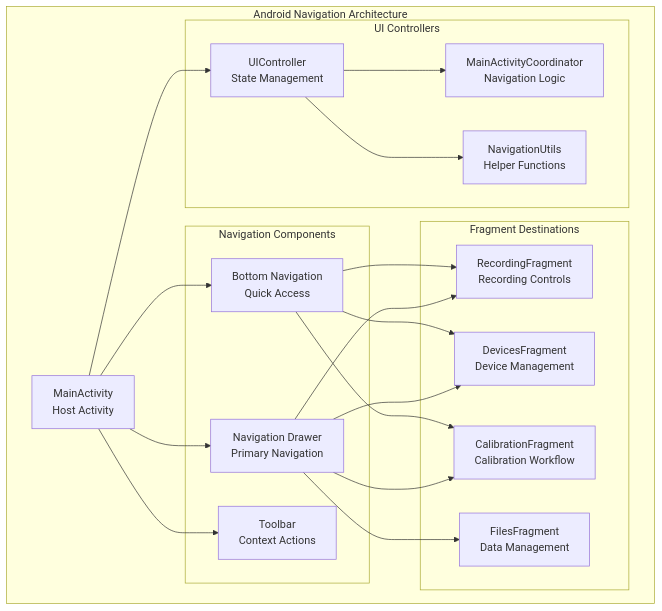
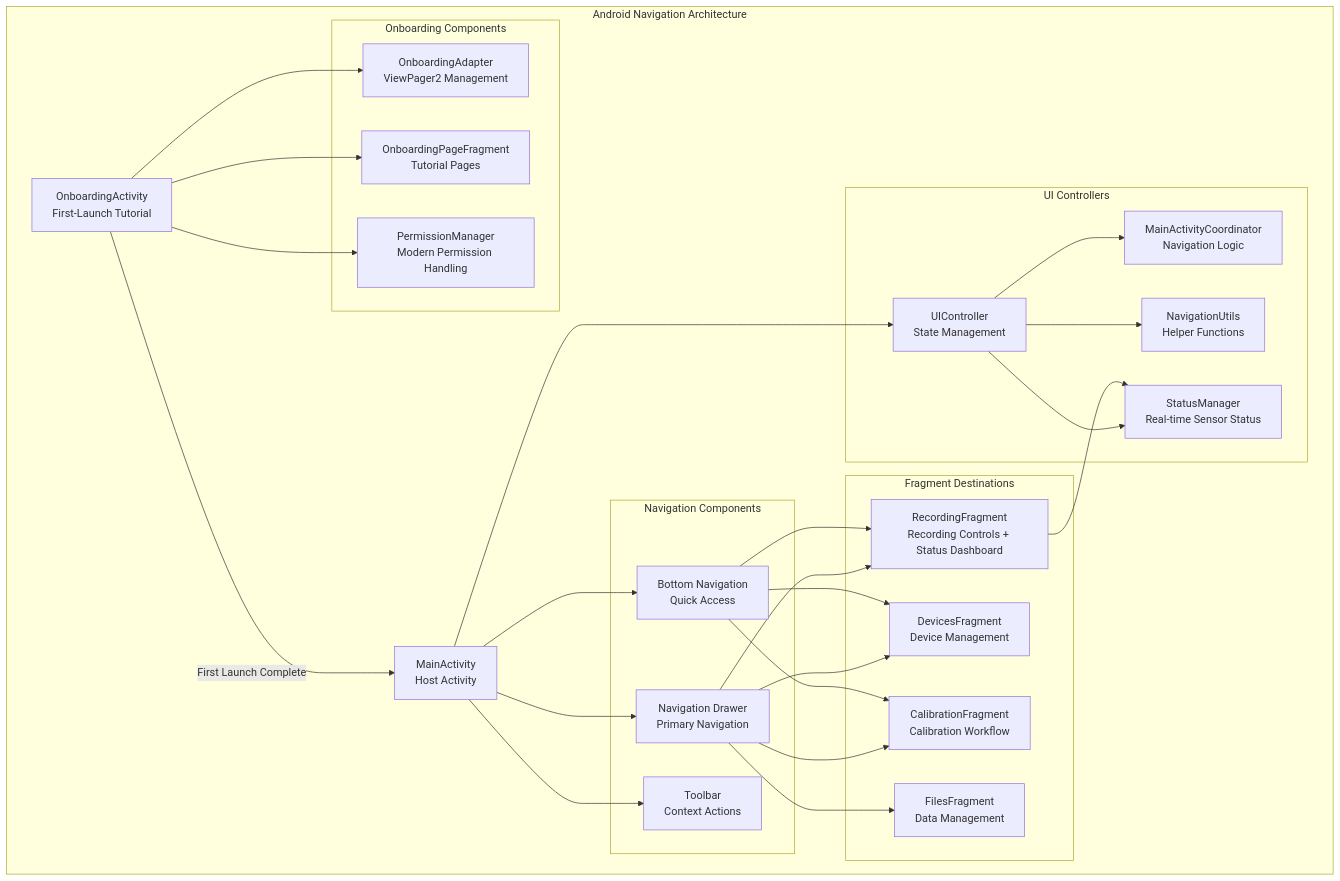
The second of 3 diagrams in docs/ui_architecture_readme.md (buccancs/fyp-multi-sensor-recording-system), drawn with Mermaid before and after one commit. The commit also changed other lines of this file and 3 other files, not shown here.

````diff
--- a/docs/ui_architecture_readme.md
+++ b/docs/ui_architecture_readme.md
@@ -88,42 +88,58 @@
 ```mermaid
 graph TB
     subgraph "Android Navigation Architecture"
+        OA[OnboardingActivity<br/>First-Launch Tutorial]
         MA[MainActivity<br/>Host Activity]
+        
+        subgraph "Onboarding Components"
+            OAD[OnboardingAdapter<br/>ViewPager2 Management]
+            OPF[OnboardingPageFragment<br/>Tutorial Pages]
+            PM[PermissionManager<br/>Modern Permission Handling]
+        end
         
         subgraph "Navigation Components"
             ND[Navigation Drawer<br/>Primary Navigation]
             BN[Bottom Navigation<br/>Quick Access]
             TB[Toolbar<br/>Context Actions]
         end
         
         subgraph "Fragment Destinations"
-            RF[RecordingFragment<br/>Recording Controls]
+            RF[RecordingFragment<br/>Recording Controls + Status Dashboard]
             DF[DevicesFragment<br/>Device Management]
             CF[CalibrationFragment<br/>Calibration Workflow]
             FF[FilesFragment<br/>Data Management]
         end
         
         subgraph "UI Controllers"
             UC[UIController<br/>State Management]
             MAC[MainActivityCoordinator<br/>Navigation Logic]
             NU[NavigationUtils<br/>Helper Functions]
+            SM[StatusManager<br/>Real-time Sensor Status]
         end
     end
+    
+    OA --> OAD
+    OA --> OPF
+    OA --> PM
+    OA -->|First Launch Complete| MA
     
     MA --> ND
     MA --> BN
     MA --> TB
     
     ND --> RF
     ND --> DF
     ND --> CF
     ND --> FF
     
     BN --> RF
     BN --> DF
     BN --> CF
     
     MA --> UC
     UC --> MAC
     UC --> NU
+    UC --> SM
+    
+    RF --> SM
 ```
````
